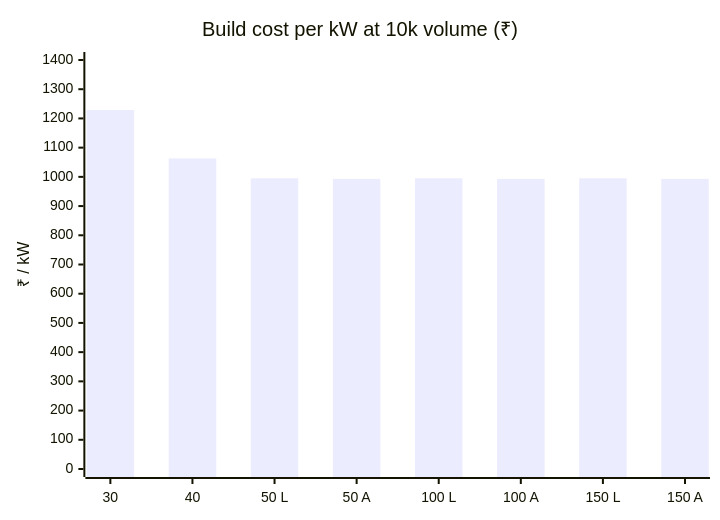
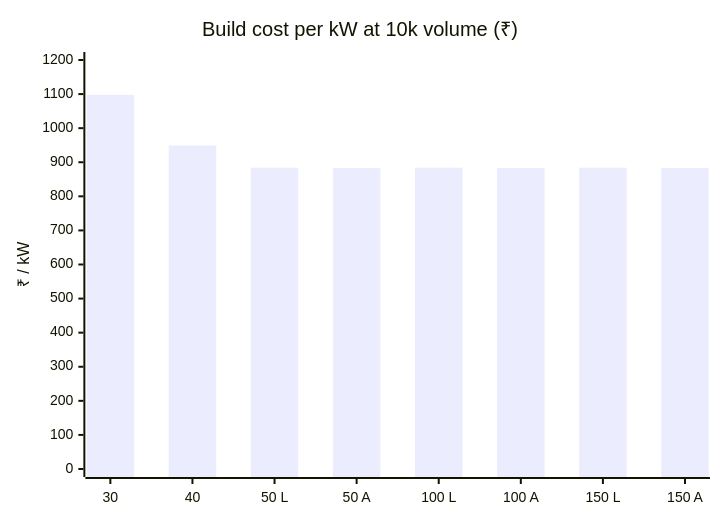
The diagram in docs/bom-cost.md (vectivolt/DC-Modules), drawn with Mermaid before and after one commit. The commit also changed other lines of this file and 246 other files, not shown here.

````diff
--- a/docs/bom-cost.md
+++ b/docs/bom-cost.md
@@ -41,7 +41,7 @@
 ```mermaid
 xychart-beta
   title "Build cost per kW at 10k volume (₹)"
   x-axis ["30", "40", "50 L", "50 A", "100 L", "100 A", "150 L", "150 A"]
-  y-axis "₹ / kW" 0 --> 1400
-  bar [1229, 1063, 995, 993, 995, 993, 995, 993]
+  y-axis "₹ / kW" 0 --> 1200
+  bar [1098, 949, 884, 883, 884, 883, 884, 883]
 ```
````
